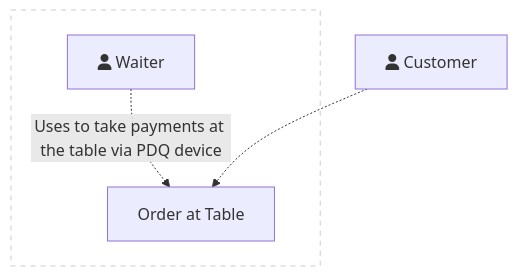
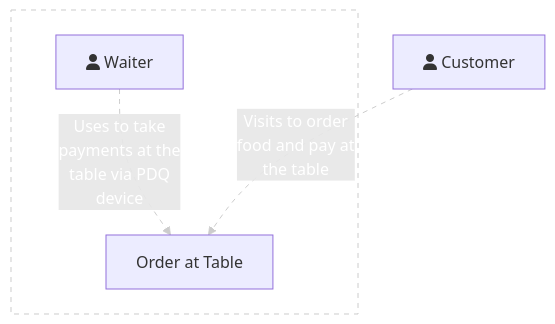
Before and after one commit to anandakumarpalanisamy/css-recipes: the fourth of 4 diagrams in README.md, drawn with Mermaid.

````diff
--- a/README.md
+++ b/README.md
@@ -139,10 +139,13 @@
 ```mermaid
 graph TB
+
     subgraph SystemContext [OAT System Context]
     style SystemContext fill:#fff,stroke:#ccc,stroke-width:1px,color:#fff,stroke-dasharray: 5 5
-    Waiter[fa:fa-user Waiter] -. Uses to take payments at the table via PDQ device .-> OAT[Order at Table]
-
+    Waiter[fa:fa-user Waiter] -. "Uses to take<br/>payments at the<br/>table via PDQ<br/>device" .-> OAT[Order at Table]
+    
     end
 
-    Customer[fa:fa-user Customer] .-> OAT
+    Customer[fa:fa-user Customer] -. "Visits to order<br/>food and pay at<br/> the table" .-> OAT
+    linkStyle 0 stroke:#ccc,stroke-width:1px,color:#fff,stroke-dasharray: 5 5
+    linkStyle 1 stroke:#ccc,stroke-width:1px,color:#fff,stroke-dasharray: 5 5
 ```
````
